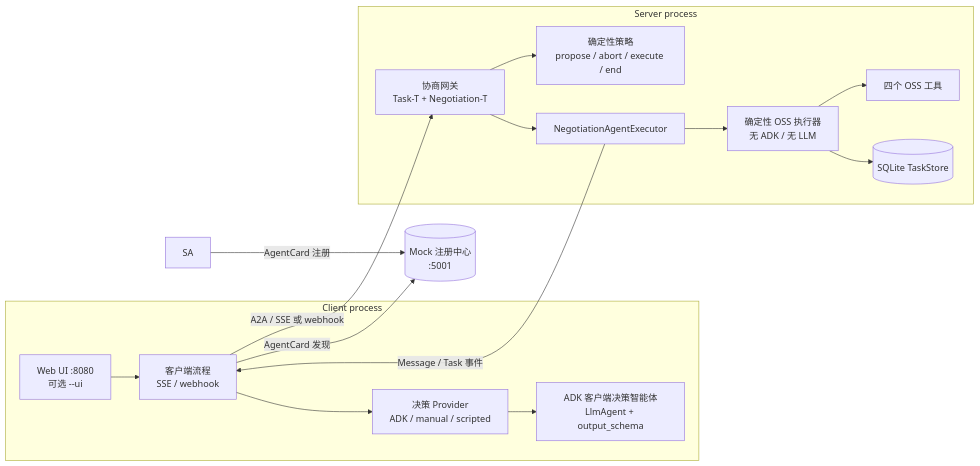
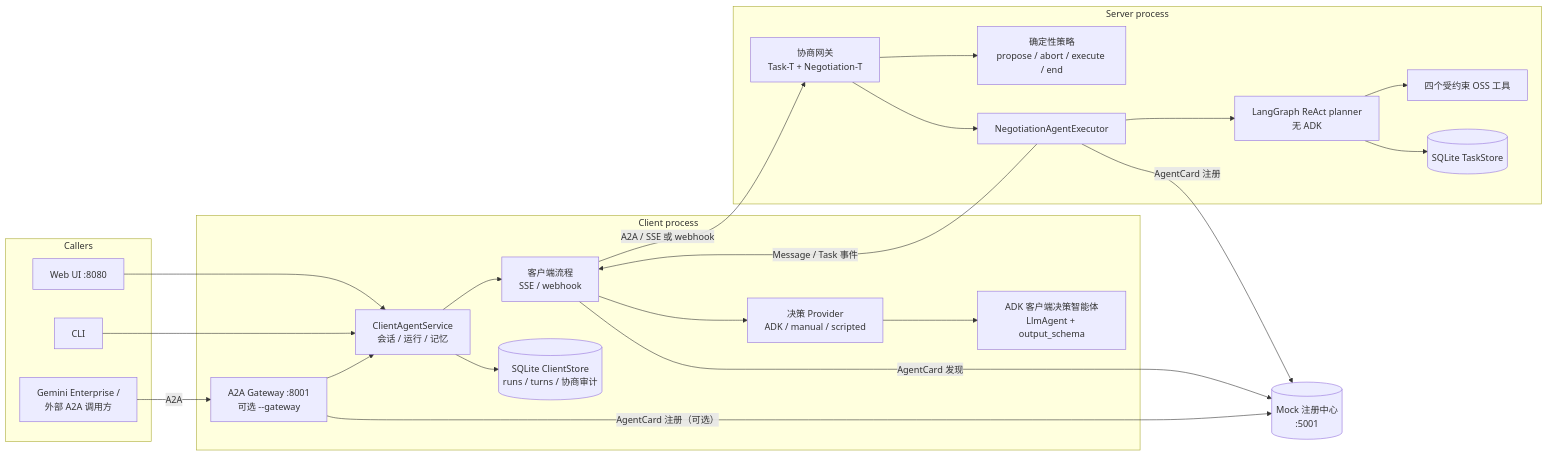
Before and after one commit to codetalks-hw/a2a-t-sdk-python: the first of 8 diagrams in a2a-t-sample/ran-energy-saving/README-zh.md, drawn with Mermaid. The commit also changed other lines of this file and 33 other files, not shown here.

````diff
--- a/a2a-t-sample/ran-energy-saving/README-zh.md
+++ b/a2a-t-sample/ran-energy-saving/README-zh.md
@@ -41,32 +42,45 @@
 ```mermaid
 flowchart LR
+    subgraph Callers
+        UI[Web UI :8080]
+        CLI[CLI]
+        GE[Gemini Enterprise /<br/>外部 A2A 调用方]
+    end
+
     subgraph Client process
-        UI[Web UI :8080<br/>可选 --ui]
+        SVC[ClientAgentService<br/>会话 / 运行 / 记忆]
         CF[客户端流程<br/>SSE / webhook]
         CA[ADK 客户端决策智能体<br/>LlmAgent + output_schema]
         DP[决策 Provider<br/>ADK / manual / scripted]
-        UI --> CF
+        GW[A2A Gateway :8001<br/>可选 --gateway]
+        CDB[(SQLite ClientStore<br/>runs / turns / 协商审计)]
+        UI --> SVC
+        CLI --> SVC
+        GE -- A2A --> GW --> SVC
+        SVC --> CF
         CF --> DP
         DP --> CA
+        SVC --> CDB
     end
 
     subgraph Server process
         G[协商网关<br/>Task-T + Negotiation-T]
         P[确定性策略<br/>propose / abort / execute / end]
         EX[NegotiationAgentExecutor]
-        DET[确定性 OSS 执行器<br/>无 ADK / 无 LLM]
-        TOOLS[四个 OSS 工具]
+        LG[LangGraph ReAct planner<br/>无 ADK]
+        TOOLS[四个受约束 OSS 工具]
         DB[(SQLite TaskStore)]
         G --> P
         G --> EX
-        EX --> DET
-        DET --> TOOLS
-        DET --> DB
+        EX --> LG
+        LG --> TOOLS
+        LG --> DB
     end
 
     REG[(Mock 注册中心<br/>:5001)]
     CF -- A2A / SSE 或 webhook --> G
     EX -- Message / Task 事件 --> CF
-    SA -- AgentCard 注册 --> REG
+    EX -- AgentCard 注册 --> REG
     CF -- AgentCard 发现 --> REG
+    GW -- AgentCard 注册（可选） --> REG
 ```
````
